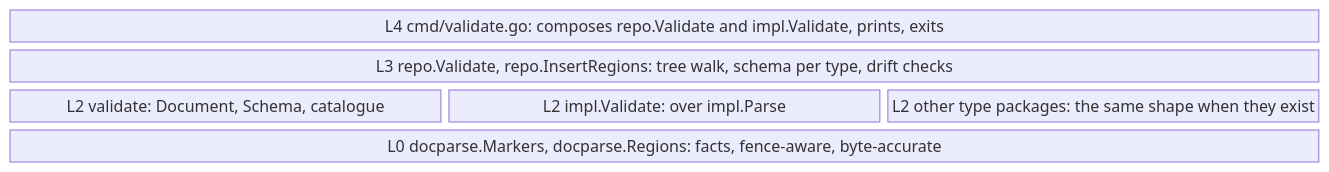
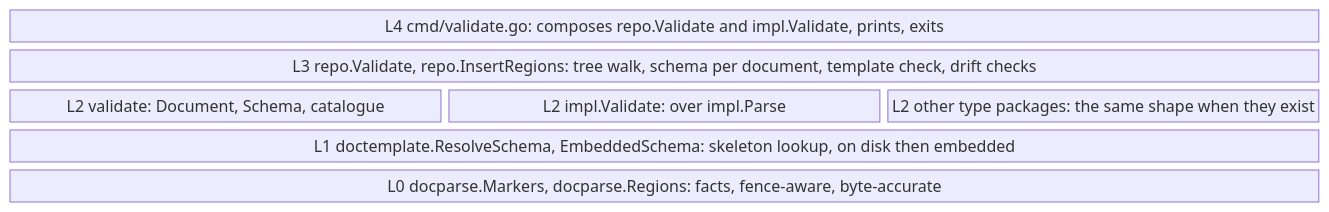
The fifth of 6 diagrams in docs/design/0015-structured-regions-and-docz-validate.md (donaldgifford/docz), drawn with Mermaid before and after one commit. The commit also changed other lines of this file and 1 other file, not shown here.

First line of the commit message:
docs(design): DESIGN-0015 OQ 1 — the schema is a marker skeleton the document names

````diff
--- a/docs/design/0015-structured-regions-and-docz-validate.md
+++ b/docs/design/0015-structured-regions-and-docz-validate.md
@@ -463,10 +587,11 @@
 ```mermaid
 block-beta
   columns 3
   L4["L4 cmd/validate.go: composes repo.Validate and impl.Validate, prints, exits"]:3
-  L3["L3 repo.Validate, repo.InsertRegions: tree walk, schema per type, drift checks"]:3
+  L3["L3 repo.Validate, repo.InsertRegions: tree walk, schema per document, template check, drift checks"]:3
   L2a["L2 validate: Document, Schema, catalogue"]
   L2b["L2 impl.Validate: over impl.Parse"]
   L2c["L2 other type packages: the same shape when they exist"]
+  L1["L1 doctemplate.ResolveSchema, EmbeddedSchema: skeleton lookup, on disk then embedded"]:3
   L0["L0 docparse.Markers, docparse.Regions: facts, fence-aware, byte-accurate"]:3
 ```
````
